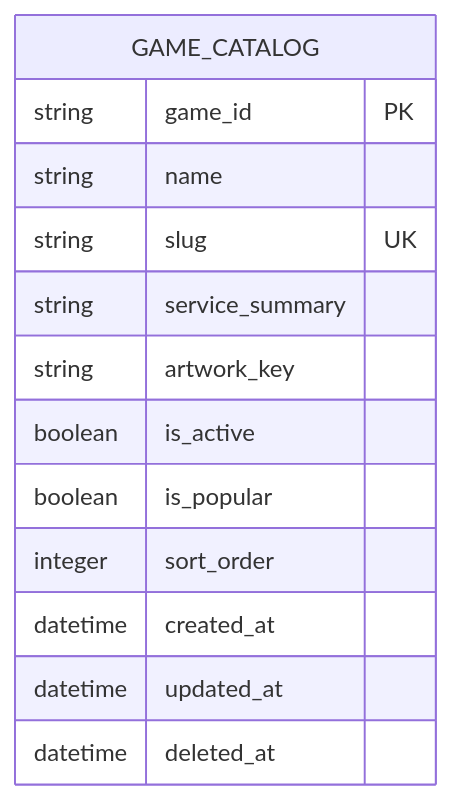
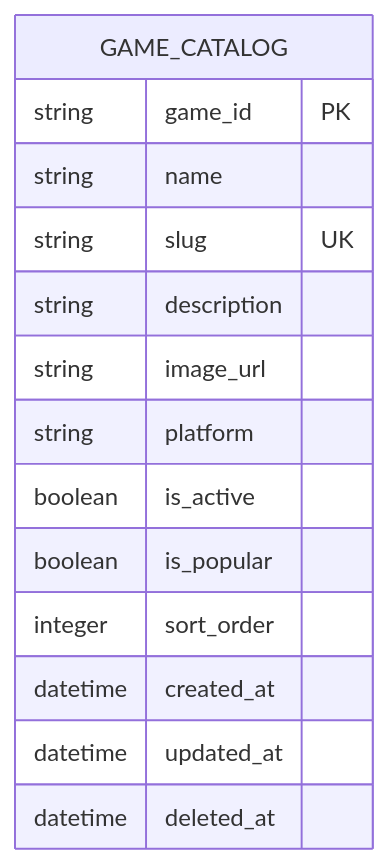
One commit to fatihmuhamadridho/docs-game-service-platform changed the diagram in sprint-1/erd/game-catalog-erd.md. Above: the diagram before and after it, drawn with Mermaid. The commit also changed other lines of this file and 32 other files, not shown here.

````diff
--- a/sprint-1/erd/game-catalog-erd.md
+++ b/sprint-1/erd/game-catalog-erd.md
@@ -13,16 +9,17 @@
 ```mermaid
 erDiagram
     GAME_CATALOG {
         string game_id PK
         string name
         string slug UK
-        string service_summary
-        string artwork_key
+        string description
+        string image_url
+        string platform
         boolean is_active
         boolean is_popular
         integer sort_order
         datetime created_at
         datetime updated_at
         datetime deleted_at
     }
 ```
````
